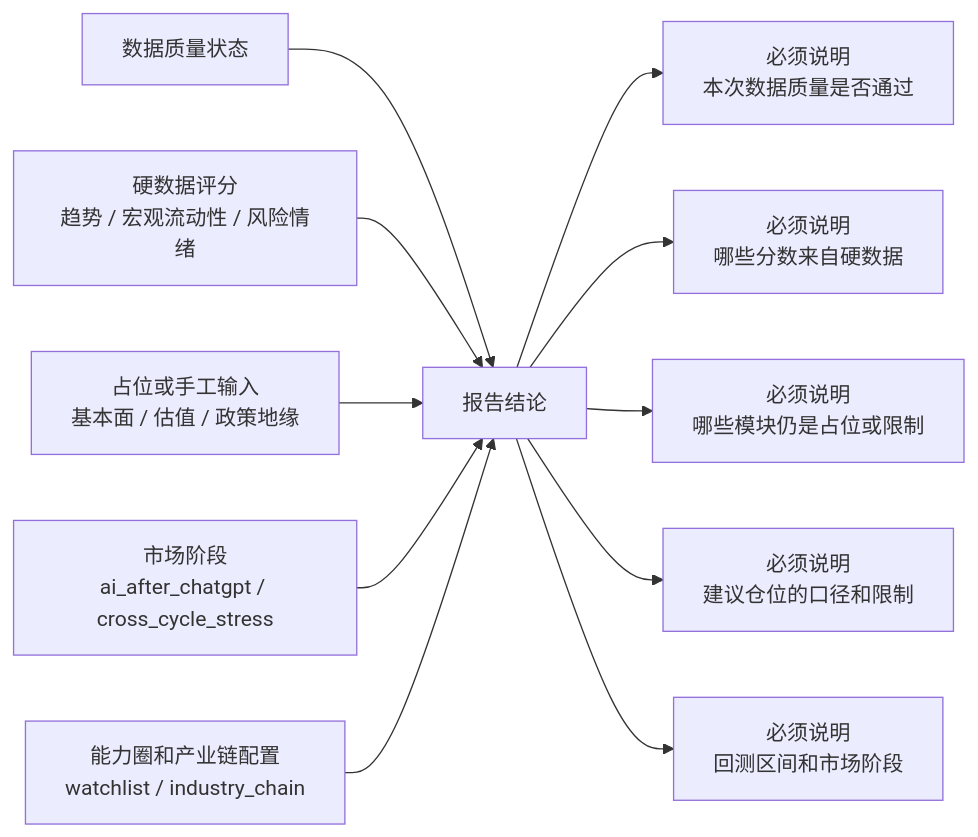
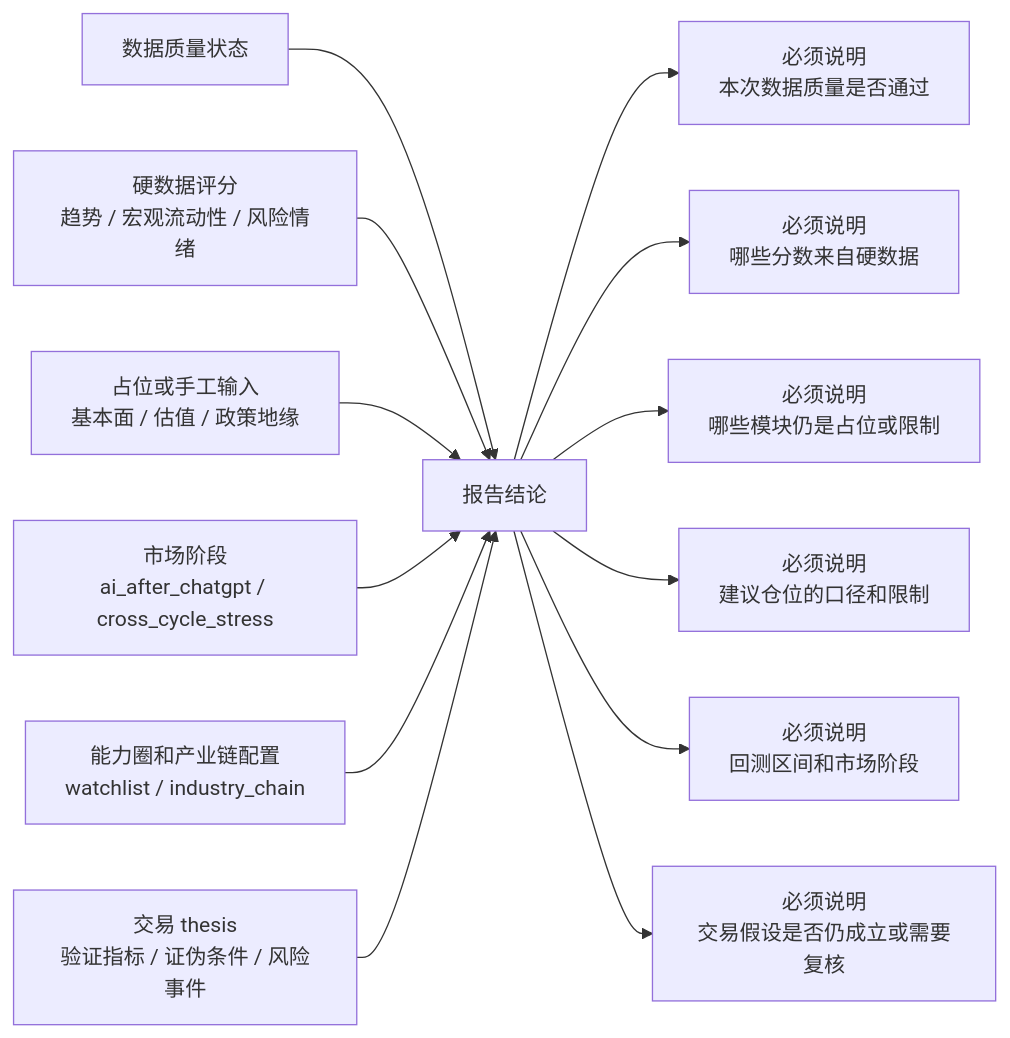
The fourth of 5 diagrams in docs/system_flow.md (AI-Trading-Collaboration/AITradingSystem), drawn with Mermaid before and after one commit. The commit also changed other lines of this file and 9 other files, not shown here.

````diff
--- a/docs/system_flow.md
+++ b/docs/system_flow.md
@@ -174,14 +193,16 @@
 ```mermaid
 flowchart LR
     A["数据质量状态"] --> E["报告结论"]
     B["硬数据评分<br/>趋势 / 宏观流动性 / 风险情绪"] --> E
     C["占位或手工输入<br/>基本面 / 估值 / 政策地缘"] --> E
     D["市场阶段<br/>ai_after_chatgpt / cross_cycle_stress"] --> E
     F["能力圈和产业链配置<br/>watchlist / industry_chain"] --> E
+    L["交易 thesis<br/>验证指标 / 证伪条件 / 风险事件"] --> E
 
     E --> G["必须说明<br/>本次数据质量是否通过"]
     E --> H["必须说明<br/>哪些分数来自硬数据"]
     E --> I["必须说明<br/>哪些模块仍是占位或限制"]
     E --> J["必须说明<br/>建议仓位的口径和限制"]
     E --> K["必须说明<br/>回测区间和市场阶段"]
+    E --> M["必须说明<br/>交易假设是否仍成立或需要复核"]
 ```
````
